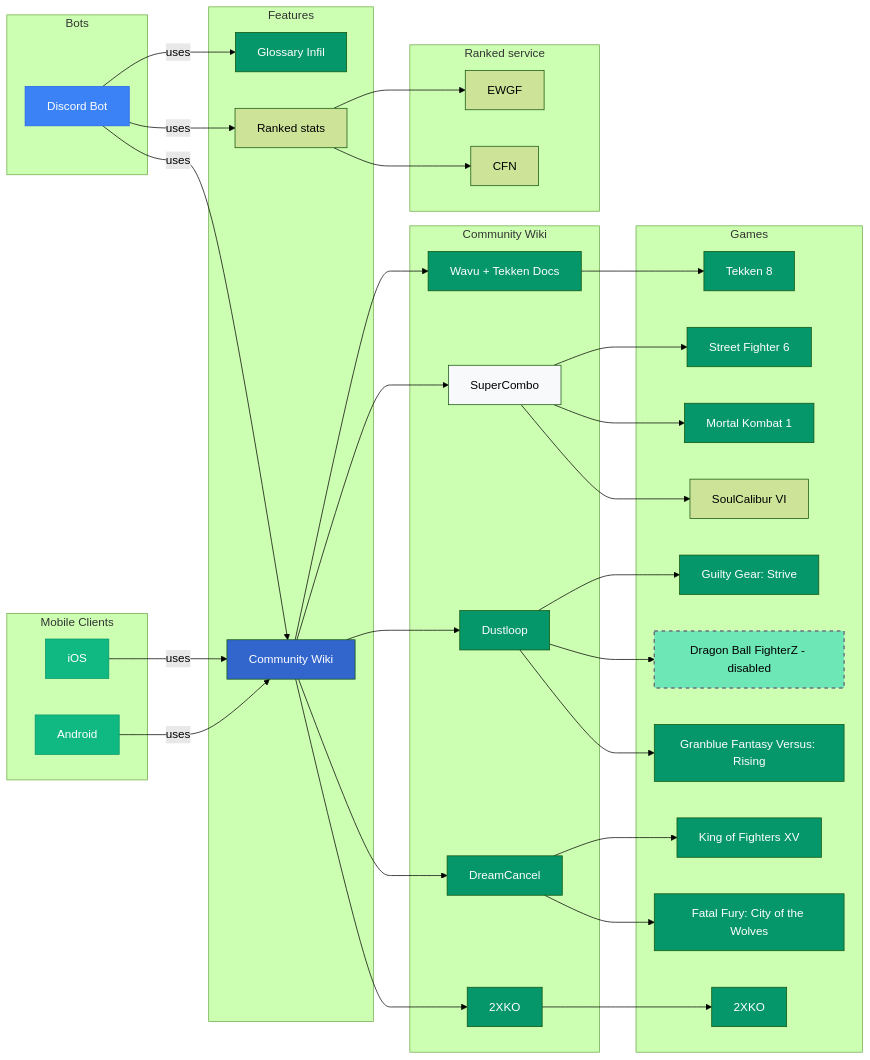
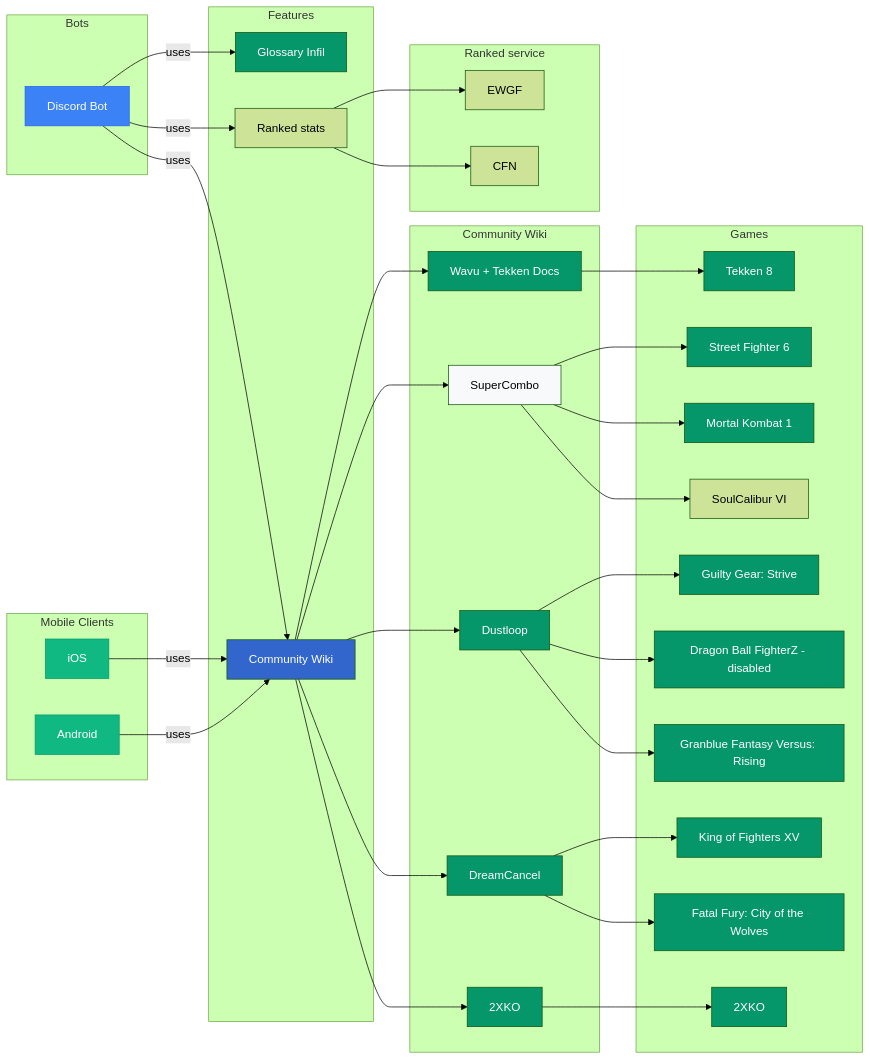
Before and after one commit to Sophon/FightingNerd: the diagram in README.md, drawn with Mermaid (forest theme). The commit also changed 1 other file, not shown here.

Commit message:
doc (mermaid): content

````diff
--- a/README.md
+++ b/README.md
@@ -107,6 +107,6 @@
     style cotw fill:#059669,color:#fff
     style ggst fill:#059669,color:#fff
     style mk1 fill:#059669,color:#fff
-    style dbfz fill:#6EE7B7,color:#000000,stroke:#6B7280,stroke-width:2,stroke-dasharray:5 5
+    style dbfz fill:#059669,color:#fff
     style gbvsr fill:#059669,color:#fff
   ```
````
